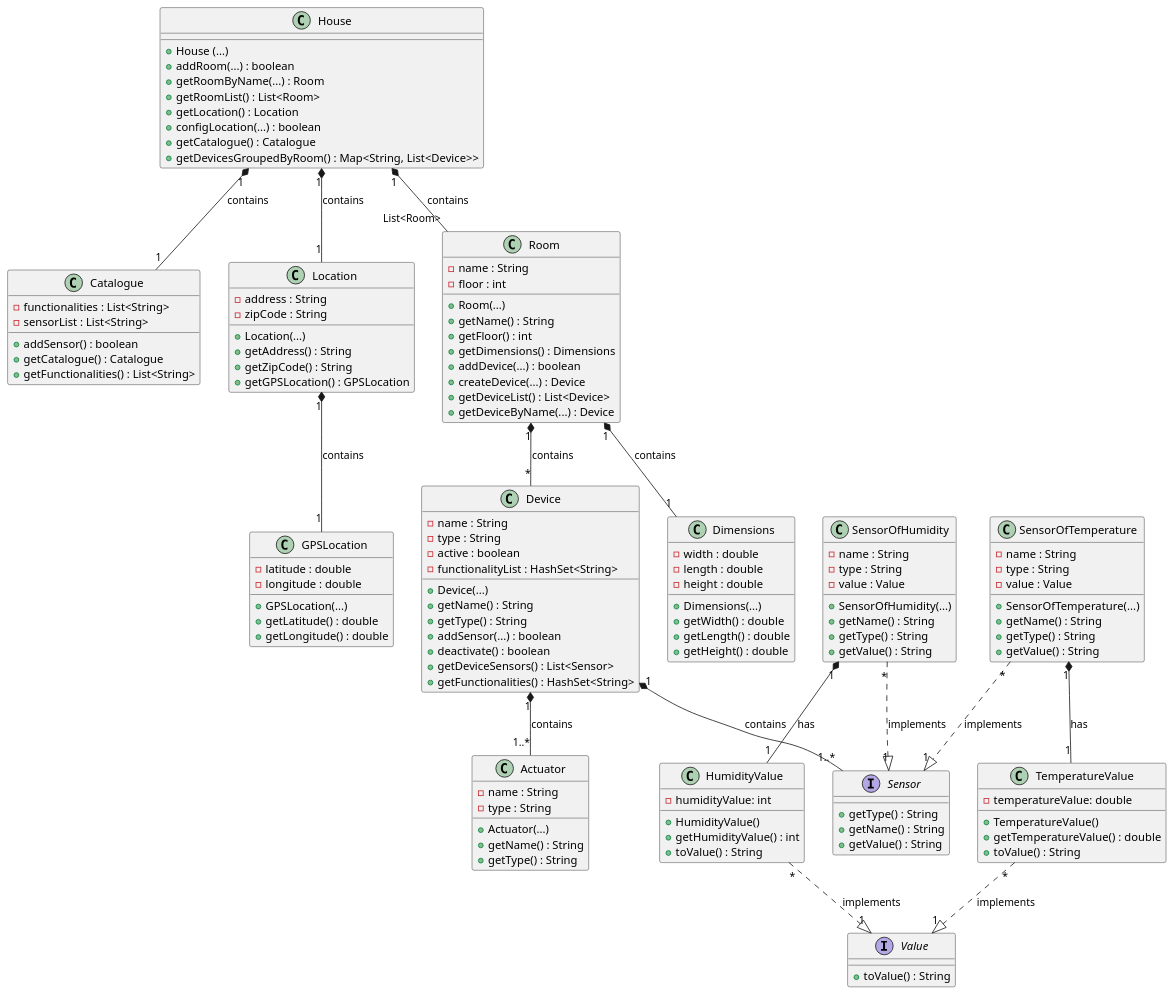
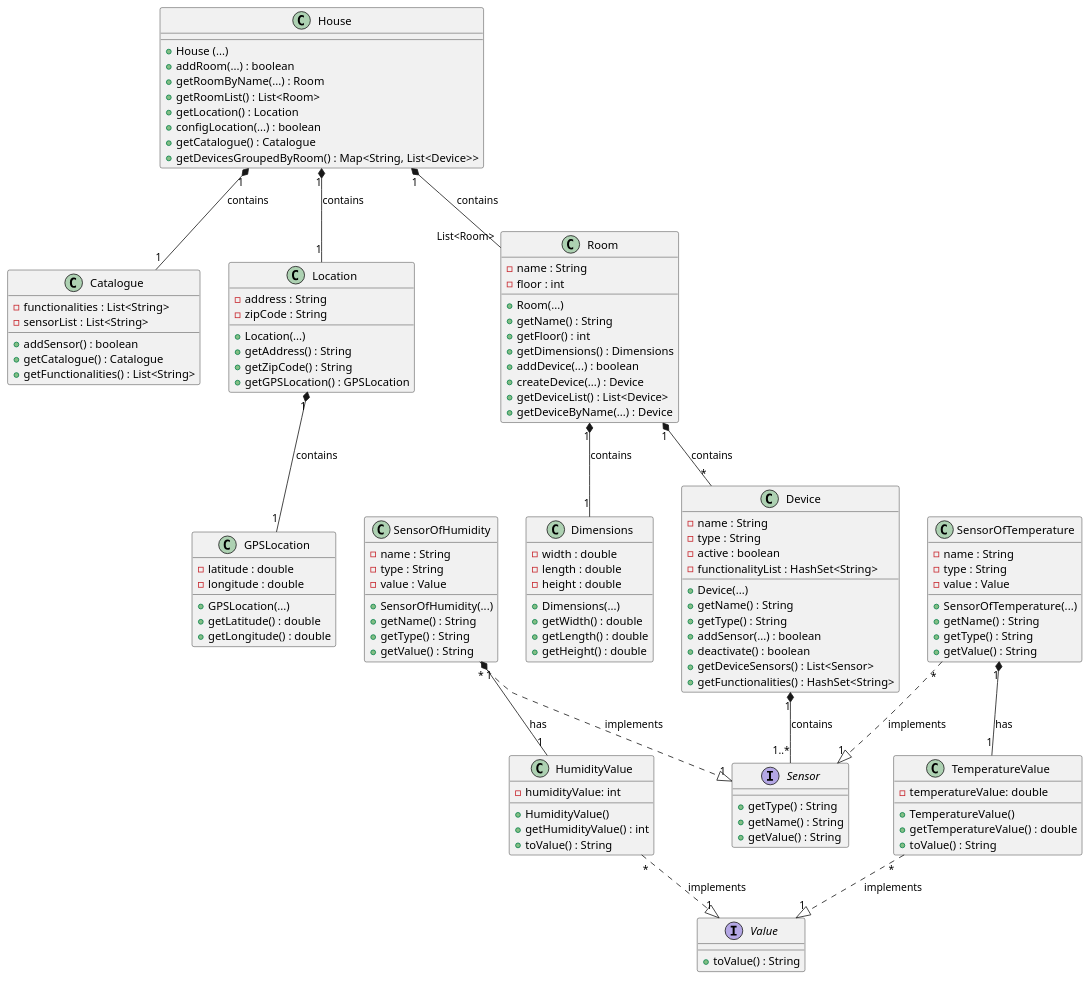
The diagram in projetoIntermedio/docs/Class/Domain/classDiagramBase.puml (ozepedrorodrigues/projetoIntermedio), drawn with PlantUML before and after one commit. The commit also changed 3 other files, not shown here.

Commit message:
Diagrama de classes sem Atuador. Device com Testes cobertura 100%. DeviceFactoryImp sem Factory de Sensors (responsabilidade no catálogo).

```diff
--- a/projetoIntermedio/docs/Class/Domain/classDiagramBase.puml
+++ b/projetoIntermedio/docs/Class/Domain/classDiagramBase.puml
@@ -1,161 +1,151 @@
 @startuml
 
 class House {
   + House (...)
   + addRoom(...) : boolean
   + getRoomByName(...) : Room
   + getRoomList() : List<Room>
   + getLocation() : Location
   + configLocation(...) : boolean
   + getCatalogue() : Catalogue
   + getDevicesGroupedByRoom() : Map<String, List<Device>>
 }
 
 class Catalogue {
   - functionalities : List<String>
   - sensorList : List<String>
 
   + addSensor() : boolean
   + getCatalogue() : Catalogue
   + getFunctionalities() : List<String>
 }
 
 class Location {
   - address : String
   - zipCode : String
 
   + Location(...)
   + getAddress() : String
   + getZipCode() : String
   + getGPSLocation() : GPSLocation
 }
 
 class GPSLocation {
   - latitude : double
   - longitude : double
 
   + GPSLocation(...)
   + getLatitude() : double
   + getLongitude() : double
 }
 
 class Room {
   - name : String
   - floor : int
 
   + Room(...)
   + getName() : String
   + getFloor() : int
   + getDimensions() : Dimensions
   + addDevice(...) : boolean
   + createDevice(...) : Device
   + getDeviceList() : List<Device>
   + getDeviceByName(...) : Device
 }
 
 class Dimensions {
   - width : double
   - length : double
   - height : double
 
   + Dimensions(...)
   + getWidth() : double
   + getLength() : double
   + getHeight() : double
 }
 
 class Device {
   - name : String
   - type : String
   - active : boolean
   - functionalityList : HashSet<String>
 
   + Device(...)
   + getName() : String
   + getType() : String
   + addSensor(...) : boolean
   + deactivate() : boolean
   + getDeviceSensors() : List<Sensor>
   + getFunctionalities() : HashSet<String>
 }
 
 interface Sensor {
 
   + getType() : String
   + getName() : String
   + getValue() : String
 }
 
-class Actuator {
-  - name : String
-  - type : String
-
-  + Actuator(...)
-  + getName() : String
-  + getType() : String
-}
-
 class SensorOfHumidity {
   - name : String
   - type : String
   - value : Value
 
   + SensorOfHumidity(...)
   + getName() : String
   + getType() : String
   + getValue() : String
 }
 
 class SensorOfTemperature {
   - name : String
   - type : String
   - value : Value
 
   + SensorOfTemperature(...)
   + getName() : String
   + getType() : String
   + getValue() : String
 }
 
 class HumidityValue {
   - humidityValue: int
 
   + HumidityValue()
   + getHumidityValue() : int
   + toValue() : String
 }
 
 class TemperatureValue {
   - temperatureValue: double
 
   + TemperatureValue()
   + getTemperatureValue() : double
   + toValue() : String
 }
 
 interface Value {
   + toValue() : String
 }
 
 House "1" *-- "1" Catalogue : contains
 House "1" *-- "1" Location : contains
 House "1" *-- "List<Room>" Room : contains
 
 Location "1" *-- "1" GPSLocation : contains
 
 Room "1" *-- "*" Device : contains
 Room "1" *-- "1" Dimensions : contains
 
 Device "1" *-- "1..*" Sensor :  contains
-Device "1" *-- "1..*" Actuator : contains
 
 SensorOfHumidity "*" ..|> "1" Sensor : implements
 SensorOfTemperature "*" ..|> "1" Sensor : implements
 
 TemperatureValue "*" ..|> "1" Value : implements
 HumidityValue "*" ..|> "1" Value : implements
 
 SensorOfHumidity "1" *-- "1" HumidityValue : has
 SensorOfTemperature "1" *-- "1" TemperatureValue : has
 
 @enduml
```
